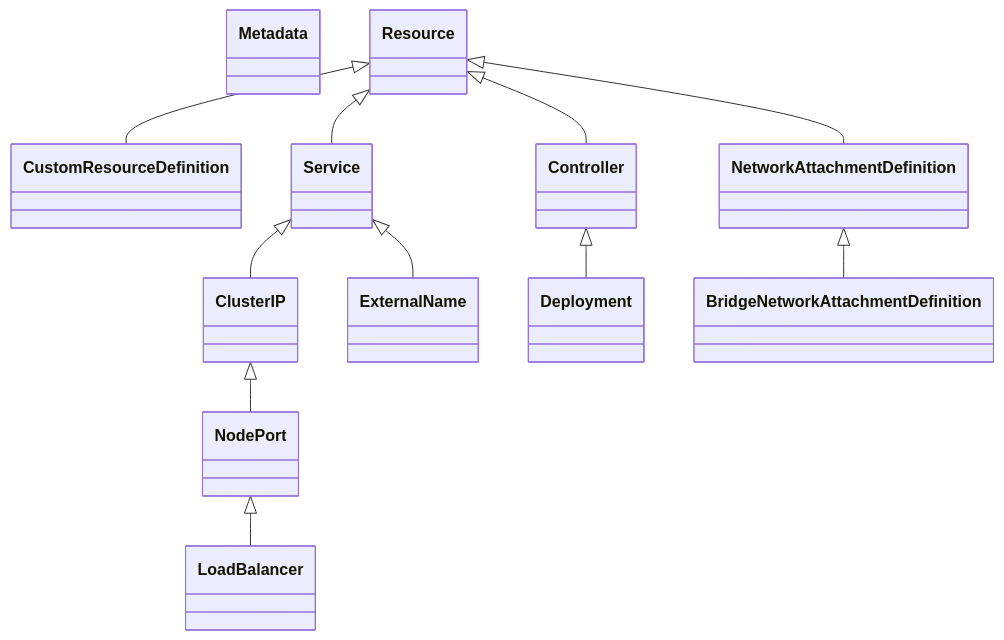
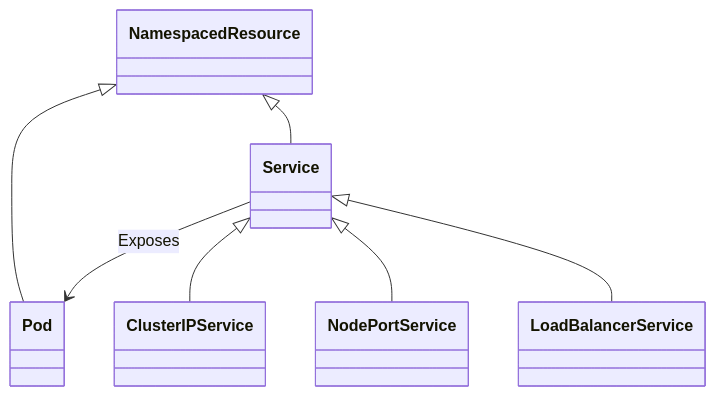
The fifth of 5 diagrams in profiles/community/tosca/kubernetes/README.md (oasis-open/tosca-community-contributions), drawn with Mermaid before and after one commit. The commit also changed other lines of this file and 1 other file, not shown here.

Commit message:
Document Kubernetes resources in preparation for designing TOSCA node and capability types for Kubernetes. (#224)

````diff
--- a/profiles/community/tosca/kubernetes/README.md
+++ b/profiles/community/tosca/kubernetes/README.md
@@ -86,15 +153,9 @@
 ```mermaid
 classDiagram
-    class Metadata
-    class Resource
-    Resource <|-- CustomResourceDefinition
-    Resource <|-- Service
-    Service <|-- ClusterIP
-    ClusterIP <|-- NodePort
-    NodePort <|-- LoadBalancer
-    Service <|-- ExternalName
-    Resource <|-- Controller
-    Controller <|-- Deployment
-    Resource <|-- NetworkAttachmentDefinition
-    NetworkAttachmentDefinition <|-- BridgeNetworkAttachmentDefinition
+    NamespacedResource <|-- Pod
+    NamespacedResource <|-- Service
+    Service --> Pod:Exposes
+    Service <|-- ClusterIPService
+    Service <|-- NodePortService
+    Service <|-- LoadBalancerService
 ```
````
